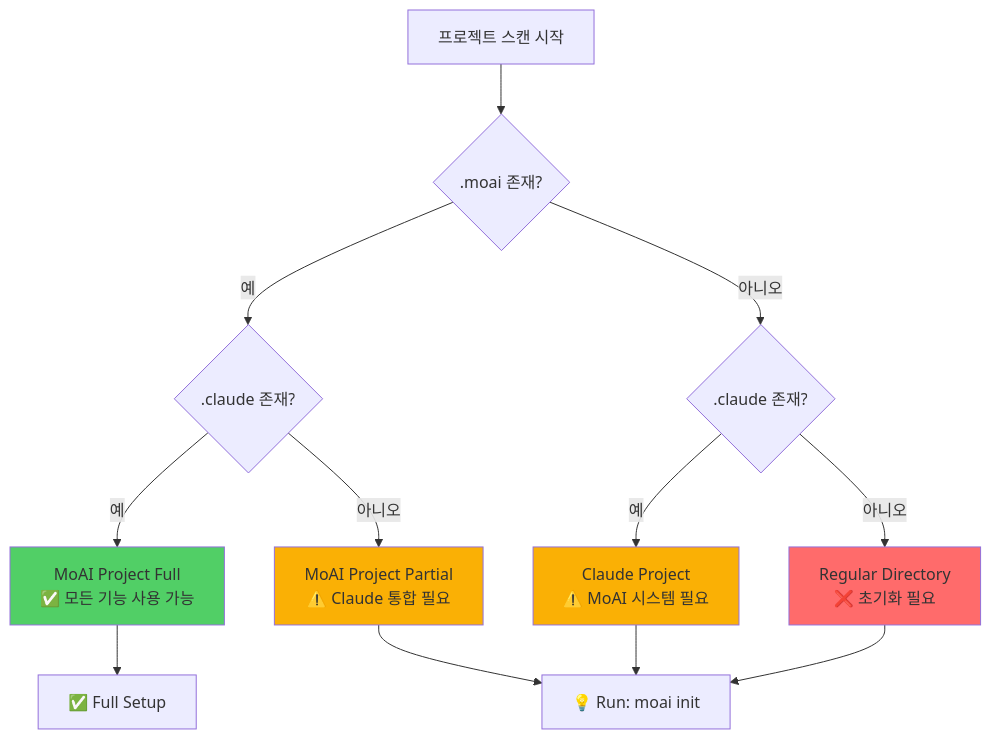
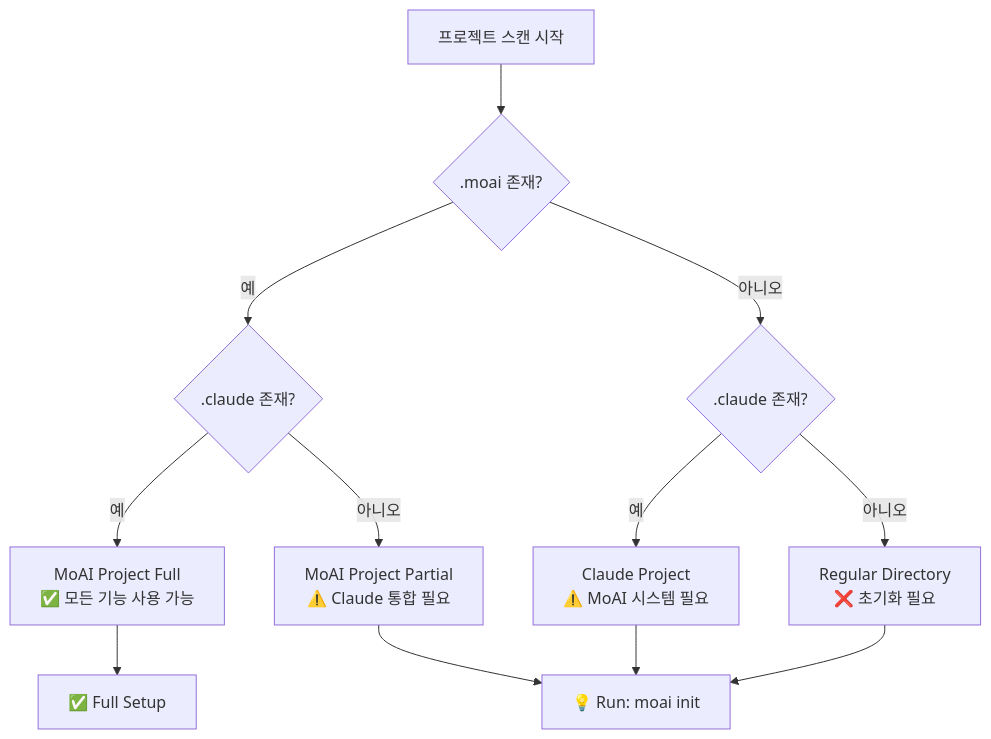
The second of 2 diagrams in docs/cli/status.md (modu-ai/moai-adk), drawn with Mermaid before and after one commit. The commit also changed 299 other files, not shown here.

First line of the commit message:
🎨 feat: Mermaid 다크/라이트 테마 대응 + trust-checker 통합

````diff
--- a/docs/cli/status.md
+++ b/docs/cli/status.md
@@ -53,22 +53,18 @@
 ```mermaid
 graph TD
     A[프로젝트 스캔 시작] --> B{.moai 존재?}
     B -->|예| C{.claude 존재?}
     B -->|아니오| D{.claude 존재?}
 
     C -->|예| E[MoAI Project Full<br/>✅ 모든 기능 사용 가능]
     C -->|아니오| F[MoAI Project Partial<br/>⚠️ Claude 통합 필요]
 
     D -->|예| G[Claude Project<br/>⚠️ MoAI 시스템 필요]
     D -->|아니오| H[Regular Directory<br/>❌ 초기화 필요]
 
     E --> I[✅ Full Setup]
     F --> J[💡 Run: moai init]
     G --> J
     H --> J
 
-    style E fill:#51cf66
-    style F fill:#fab005
-    style G fill:#fab005
-    style H fill:#ff6b6b
 ```
````
